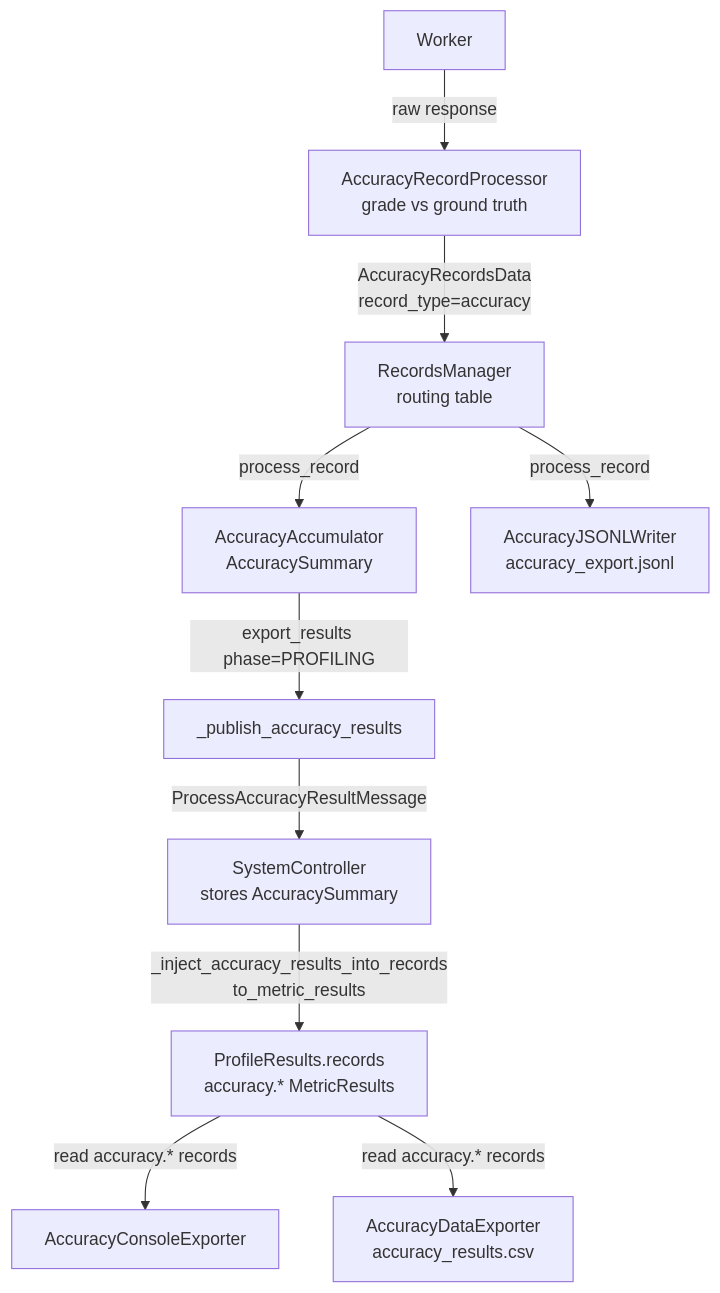
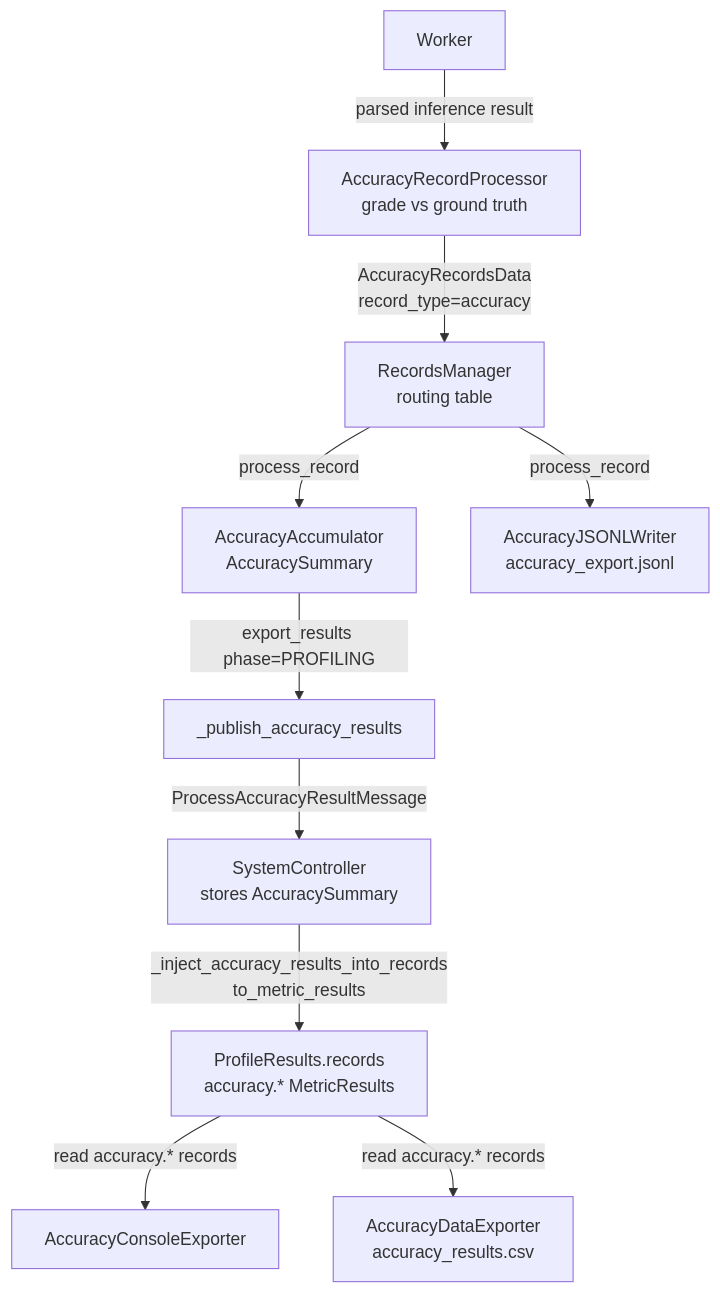
The first of 4 diagrams in docs/architecture.md (ai-dynamo/aiperf), drawn with Mermaid before and after one commit. The commit also changed other lines of this file and 8 other files, not shown here.

Commit message:
perf: send parsed responses to record processors

````diff
--- a/docs/architecture.md
+++ b/docs/architecture.md
@@ -136,12 +136,12 @@
 ```mermaid
 flowchart TD
-    W[Worker] -->|raw response| RP[AccuracyRecordProcessor<br/>grade vs ground truth]
+    W[Worker] -->|parsed inference result| RP[AccuracyRecordProcessor<br/>grade vs ground truth]
     RP -->|AccuracyRecordsData<br/>record_type=accuracy| RM[RecordsManager<br/>routing table]
     RM -->|process_record| ACC[AccuracyAccumulator<br/>AccuracySummary]
     RM -->|process_record| JW[AccuracyJSONLWriter<br/>accuracy_export.jsonl]
     ACC -->|export_results phase=PROFILING| PUB[_publish_accuracy_results]
     PUB -->|ProcessAccuracyResultMessage| SC[SystemController<br/>stores AccuracySummary]
     SC -->|_inject_accuracy_results_into_records<br/>to_metric_results| REC[ProfileResults.records<br/>accuracy.* MetricResults]
     REC -->|read accuracy.* records| CE[AccuracyConsoleExporter]
     REC -->|read accuracy.* records| DE[AccuracyDataExporter<br/>accuracy_results.csv]
 ```
````
